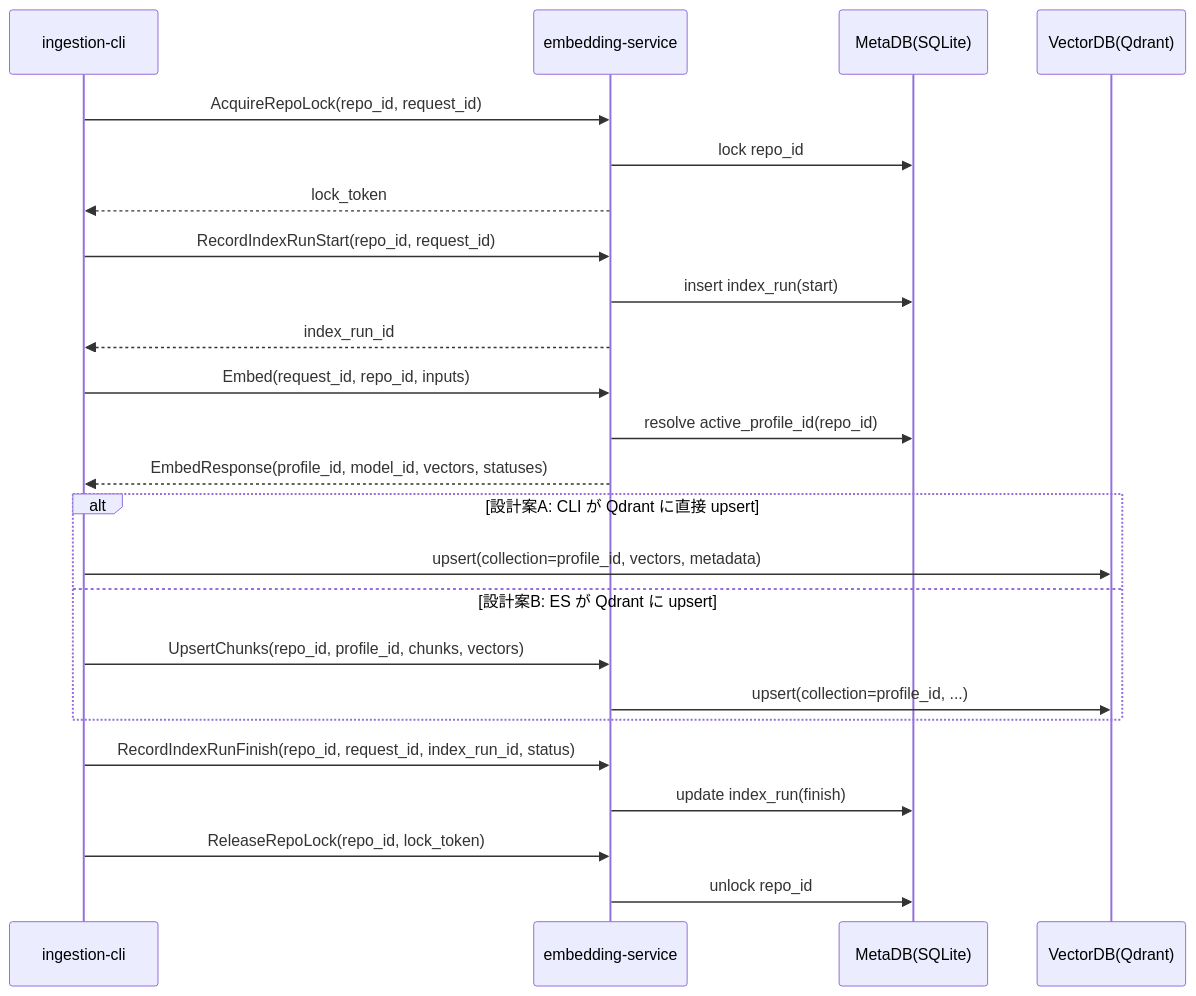
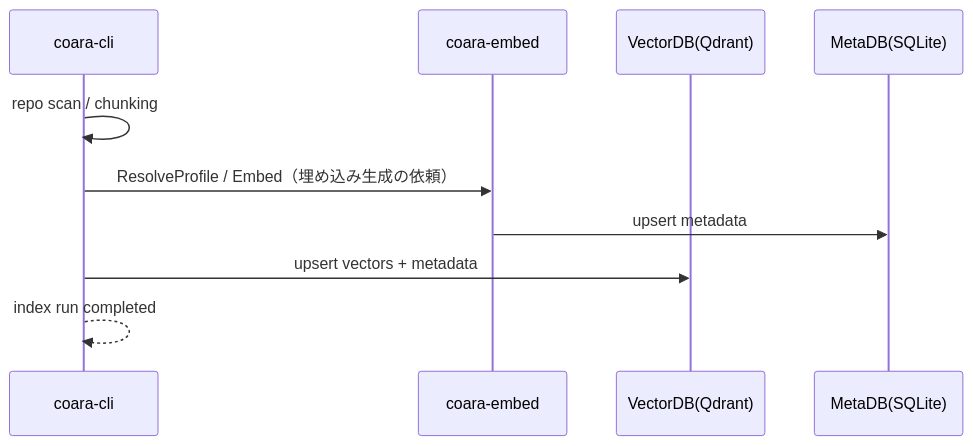
Before and after one commit to ramsesyok/coara: the first of 3 diagrams in docs/interface_specification.md, drawn with Mermaid. The commit also changed other lines of this file and 1 other file, not shown here.

````diff
--- a/docs/interface_specification.md
+++ b/docs/interface_specification.md
@@ -529,32 +211,13 @@
 ```mermaid
 sequenceDiagram
-  participant CLI as ingestion-cli
-  participant ES as embedding-service
-  participant MDB as MetaDB(SQLite)
-  participant VDB as VectorDB(Qdrant)
+    participant CLI as coara-cli
+    participant EMB as coara-embed
+    participant VDB as VectorDB(Qdrant)
+    participant MDB as MetaDB(SQLite)
 
-  CLI->>ES: AcquireRepoLock(repo_id, request_id)
-  ES->>MDB: lock repo_id
-  ES-->>CLI: lock_token
-
-  CLI->>ES: RecordIndexRunStart(repo_id, request_id)
-  ES->>MDB: insert index_run(start)
-  ES-->>CLI: index_run_id
-
-  CLI->>ES: Embed(request_id, repo_id, inputs)
-  ES->>MDB: resolve active_profile_id(repo_id)
-  ES-->>CLI: EmbedResponse(profile_id, model_id, vectors, statuses)
-
-  alt 設計案A: CLI が Qdrant に直接 upsert
-    CLI->>VDB: upsert(collection=profile_id, vectors, metadata)
-  else 設計案B: ES が Qdrant に upsert
-    CLI->>ES: UpsertChunks(repo_id, profile_id, chunks, vectors)
-    ES->>VDB: upsert(collection=profile_id, ...)
-  end
-
-  CLI->>ES: RecordIndexRunFinish(repo_id, request_id, index_run_id, status)
-  ES->>MDB: update index_run(finish)
-
-  CLI->>ES: ReleaseRepoLock(repo_id, lock_token)
-  ES->>MDB: unlock repo_id
+    CLI->>CLI: repo scan / chunking
+    CLI->>EMB: ResolveProfile / Embed（埋め込み生成の依頼）
+    EMB->>MDB: upsert metadata
+    CLI->>VDB: upsert vectors + metadata
+    CLI-->>CLI: index run completed
 ```
````
